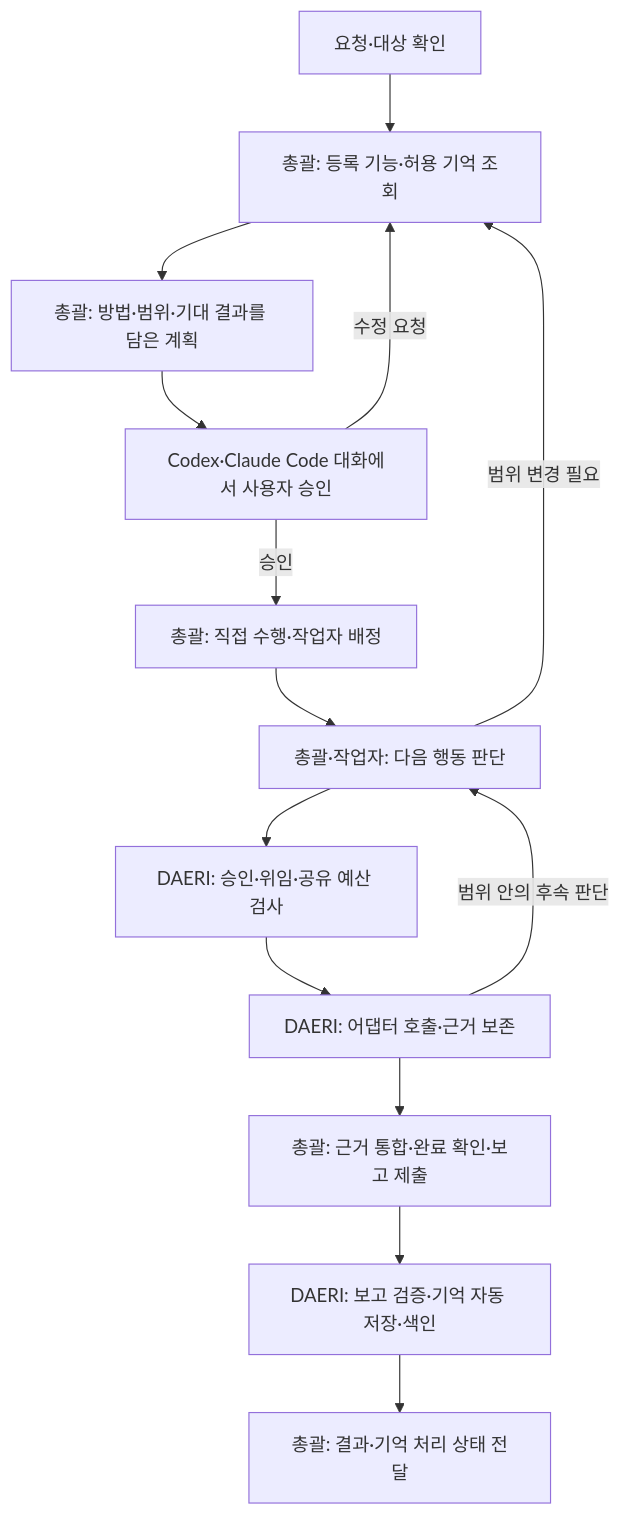
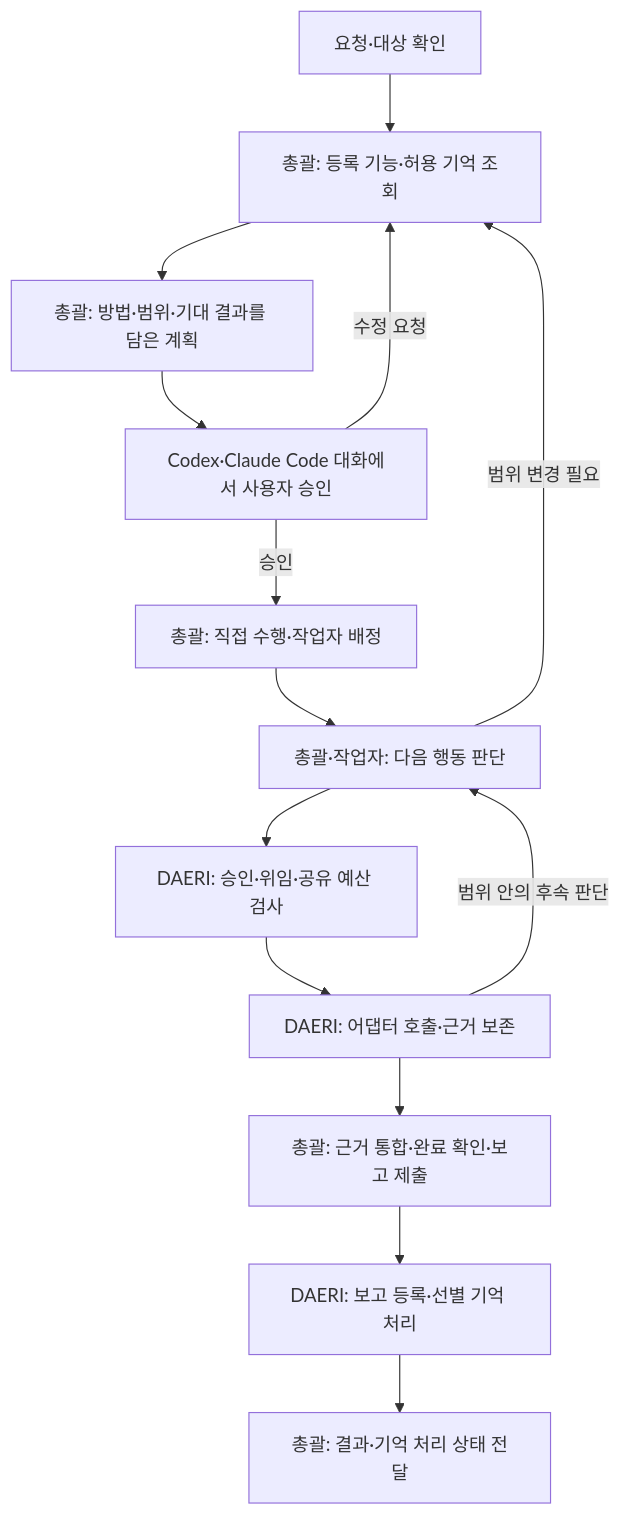
One commit to VVoodyHong/DAERI changed the diagram in docs/spec/tasks/workflow.md. Above: the diagram before and after it, drawn with Mermaid. The commit also changed other lines of this file and 99 other files, not shown here.

````diff
--- a/docs/spec/tasks/workflow.md
+++ b/docs/spec/tasks/workflow.md
@@ -21,16 +21,16 @@
 ```mermaid
 flowchart TD
     A[요청·대상 확인] --> B[총괄: 등록 기능·허용 기억 조회]
     B --> C[총괄: 방법·범위·기대 결과를 담은 계획]
     C --> D[Codex·Claude Code 대화에서 사용자 승인]
     D -->|승인| E[총괄: 직접 수행·작업자 배정]
     D -->|수정 요청| B
     E --> F[총괄·작업자: 다음 행동 판단]
     F --> G[DAERI: 승인·위임·공유 예산 검사]
     G --> H[DAERI: 어댑터 호출·근거 보존]
     H -->|범위 안의 후속 판단| F
     F -->|범위 변경 필요| B
     H --> I[총괄: 근거 통합·완료 확인·보고 제출]
-    I --> J[DAERI: 보고 검증·기억 자동 저장·색인]
+    I --> J[DAERI: 보고 등록·선별 기억 처리]
     J --> K[총괄: 결과·기억 처리 상태 전달]
 ```
````
